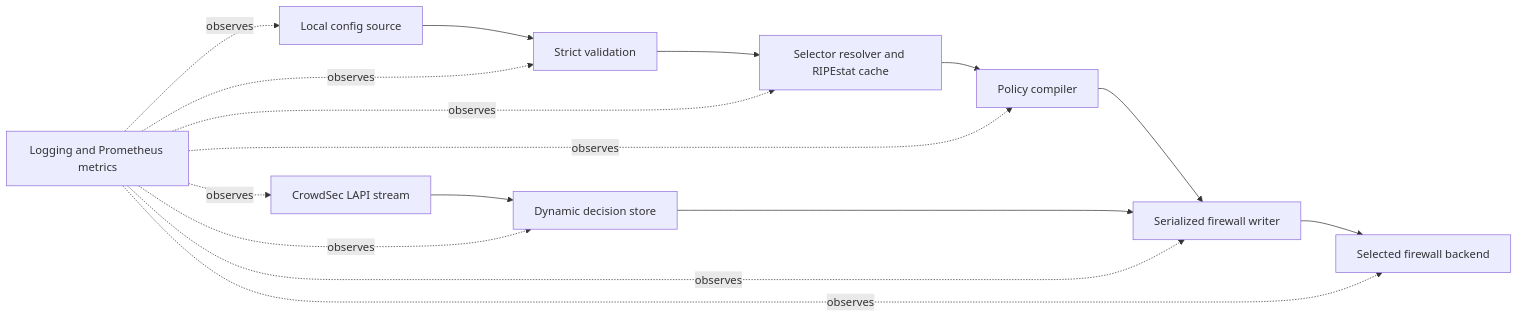
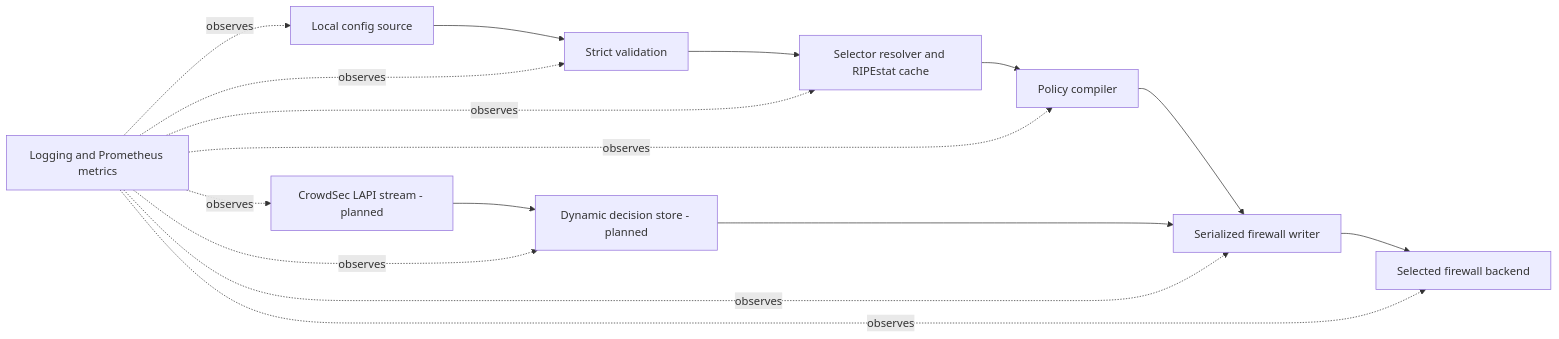
One commit to perimeterd/perimeterd changed the diagram in docs/architecture.md. Above: the diagram before and after it, drawn with Mermaid. The commit also changed other lines of this file and 7 other files, not shown here.

````diff
--- a/docs/architecture.md
+++ b/docs/architecture.md
@@ -24,18 +24,18 @@
 ```mermaid
 flowchart LR
     CS[Local config source] --> V[Strict validation]
     V --> R[Selector resolver and RIPEstat cache]
     R --> C[Policy compiler]
-    L[CrowdSec LAPI stream] --> D[Dynamic decision store]
+    L[CrowdSec LAPI stream - planned] --> D[Dynamic decision store - planned]
     C --> W[Serialized firewall writer]
     D --> W
     W --> B[Selected firewall backend]
     O[Logging and Prometheus metrics] -. observes .-> CS
     O -. observes .-> V
     O -. observes .-> R
     O -. observes .-> C
     O -. observes .-> L
     O -. observes .-> D
     O -. observes .-> W
     O -. observes .-> B
 ```
````
